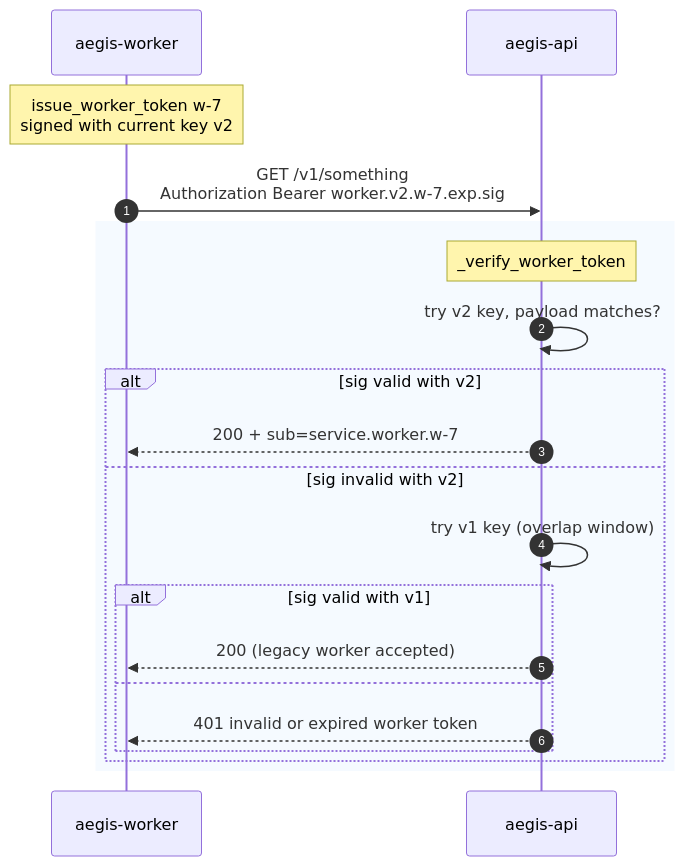
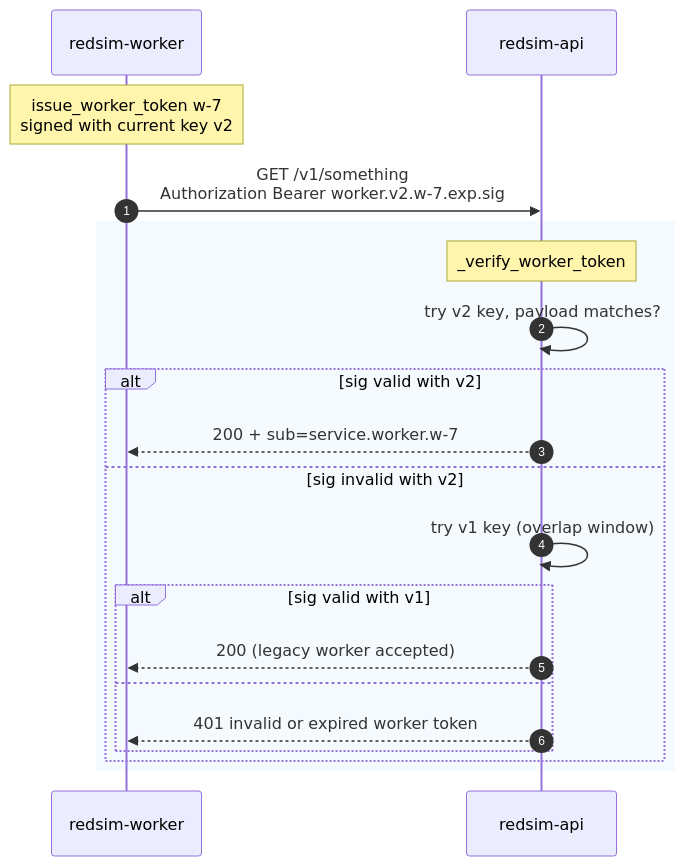
Before and after one commit to IntelliBridge/ndia-red-team-simulator: the second of 3 diagrams in docs/architecture/auth.md, drawn with Mermaid. The commit also changed other lines of this file and 27 other files, not shown here.

````diff
--- a/docs/architecture/auth.md
+++ b/docs/architecture/auth.md
@@ -143,24 +143,24 @@
 ```mermaid
 sequenceDiagram
     autonumber
-    participant W as aegis-worker
-    participant API as aegis-api
+    participant W as redsim-worker
+    participant API as redsim-api
 
     Note over W: issue_worker_token w-7<br/>signed with current key v2
     W->>API: GET /v1/something<br/>Authorization Bearer worker.v2.w-7.exp.sig
 
     rect rgb(245,250,255)
     Note over API: _verify_worker_token
     API->>API: try v2 key, payload matches?
     alt sig valid with v2
         API-->>W: 200 + sub=service.worker.w-7
     else sig invalid with v2
         API->>API: try v1 key (overlap window)
         alt sig valid with v1
             API-->>W: 200 (legacy worker accepted)
         else
             API-->>W: 401 invalid or expired worker token
         end
     end
     end
 ```
````
